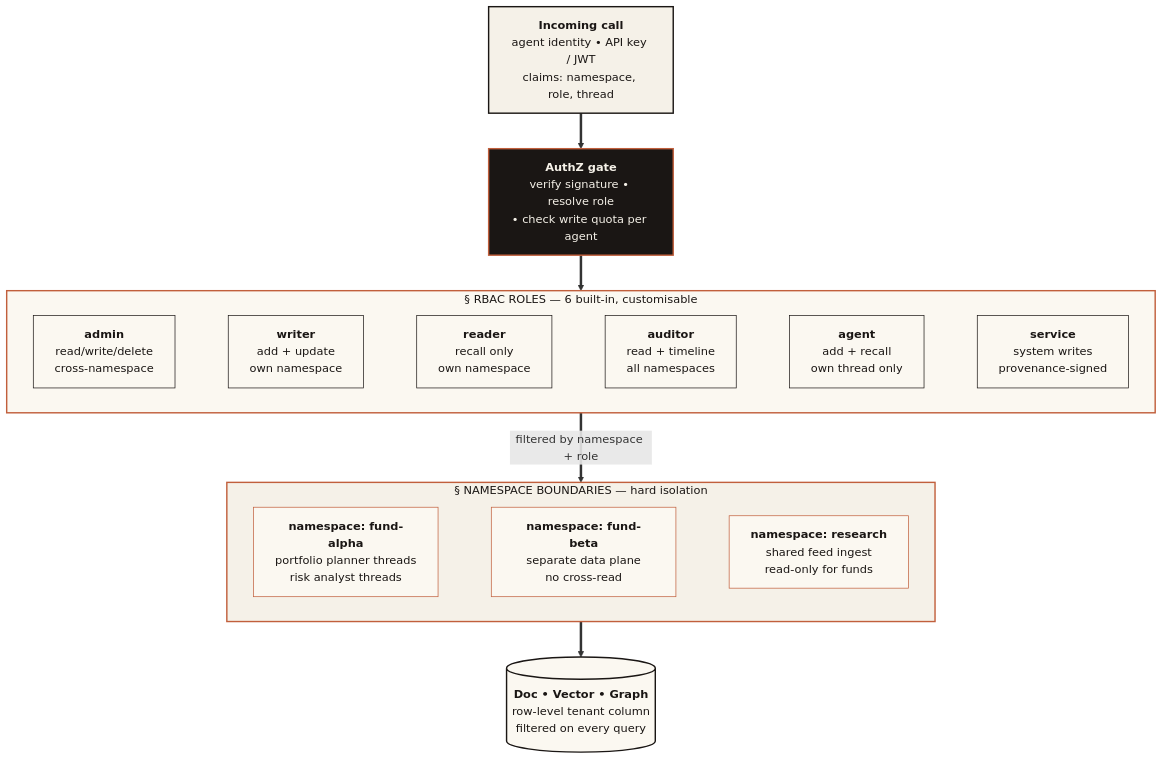
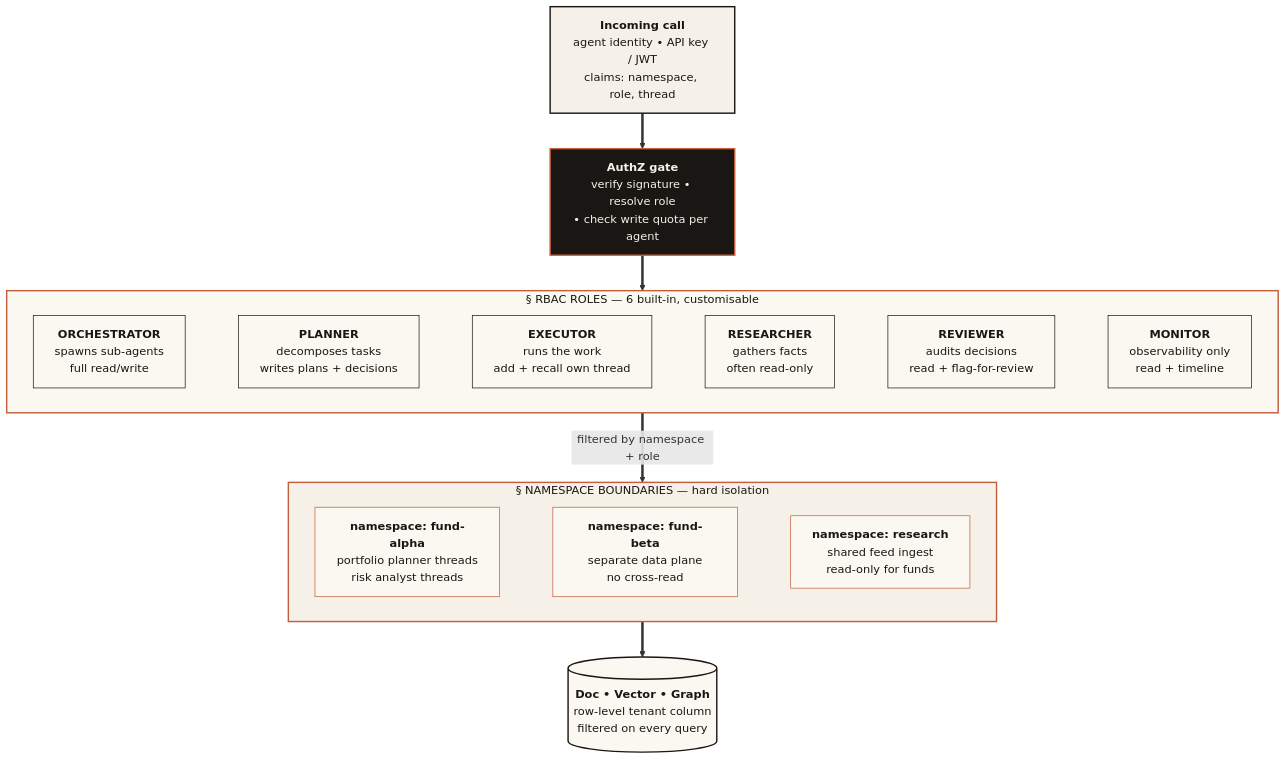
One commit to bolnet/attestor changed the fifth of 8 diagrams in README.md. Above: the diagram before and after it, drawn with Mermaid. The commit also changed other lines of this file and 2 other files, not shown here.

First line of the commit message:
docs: README accuracy pass and architecture SVG redesign

````diff
--- a/README.md
+++ b/README.md
@@ -427,52 +427,52 @@
 ```mermaid
 flowchart TB
     CALLER["<b>Incoming call</b><br/>agent identity &bull; API key / JWT<br/>claims: namespace, role, thread"]
 
     AUTH["<b>AuthZ gate</b><br/>verify signature &bull; resolve role<br/>&bull; check write quota per agent"]
 
     CALLER ==> AUTH
 
-    R1["<b>admin</b><br/>read/write/delete<br/>cross-namespace"]
-    R2["<b>writer</b><br/>add + update<br/>own namespace"]
-    R3["<b>reader</b><br/>recall only<br/>own namespace"]
-    R4["<b>auditor</b><br/>read + timeline<br/>all namespaces"]
-    R5["<b>agent</b><br/>add + recall<br/>own thread only"]
-    R6["<b>service</b><br/>system writes<br/>provenance-signed"]
+    R1["<b>ORCHESTRATOR</b><br/>spawns sub-agents<br/>full read/write"]
+    R2["<b>PLANNER</b><br/>decomposes tasks<br/>writes plans + decisions"]
+    R3["<b>EXECUTOR</b><br/>runs the work<br/>add + recall own thread"]
+    R4["<b>RESEARCHER</b><br/>gathers facts<br/>often read-only"]
+    R5["<b>REVIEWER</b><br/>audits decisions<br/>read + flag-for-review"]
+    R6["<b>MONITOR</b><br/>observability only<br/>read + timeline"]
 
     subgraph ROLES ["&sect; RBAC ROLES &mdash; 6 built-in, customisable"]
         direction LR
         R1 ~~~ R2 ~~~ R3 ~~~ R4 ~~~ R5 ~~~ R6
     end
 
     AUTH ==> ROLES
 
     NS1["<b>namespace: fund-alpha</b><br/>portfolio planner threads<br/>risk analyst threads"]
     NS2["<b>namespace: fund-beta</b><br/>separate data plane<br/>no cross-read"]
     NS3["<b>namespace: research</b><br/>shared feed ingest<br/>read-only for funds"]
 
     subgraph TENANTS ["&sect; NAMESPACE BOUNDARIES &mdash; hard isolation"]
         direction LR
         NS1 ~~~ NS2 ~~~ NS3
     end
 
     ROLES ==>|"filtered by namespace + role"| TENANTS
 
     STORE[("<b>Doc &bull; Vector &bull; Graph</b><br/>row-level tenant column<br/>filtered on every query")]
 
     TENANTS ==> STORE
 
     style CALLER  fill:#F5F1E8,stroke:#1A1614,stroke-width:2px,color:#1A1614
     style AUTH    fill:#1A1614,stroke:#C15F3C,stroke-width:2px,color:#F5F1E8
     style ROLES   fill:#FBF8F1,stroke:#C15F3C,stroke-width:2px,color:#1A1614
     style TENANTS fill:#F5F1E8,stroke:#C15F3C,stroke-width:2px,color:#1A1614
     style STORE   fill:#FBF8F1,stroke:#1A1614,stroke-width:2px,color:#1A1614
     style R1      fill:#FBF8F1,stroke:#1A1614,color:#1A1614
     style R2      fill:#FBF8F1,stroke:#1A1614,color:#1A1614
     style R3      fill:#FBF8F1,stroke:#1A1614,color:#1A1614
     style R4      fill:#FBF8F1,stroke:#1A1614,color:#1A1614
     style R5      fill:#FBF8F1,stroke:#1A1614,color:#1A1614
     style R6      fill:#FBF8F1,stroke:#1A1614,color:#1A1614
     style NS1     fill:#FBF8F1,stroke:#C15F3C,color:#1A1614
     style NS2     fill:#FBF8F1,stroke:#C15F3C,color:#1A1614
     style NS3     fill:#FBF8F1,stroke:#C15F3C,color:#1A1614
 ```
````
